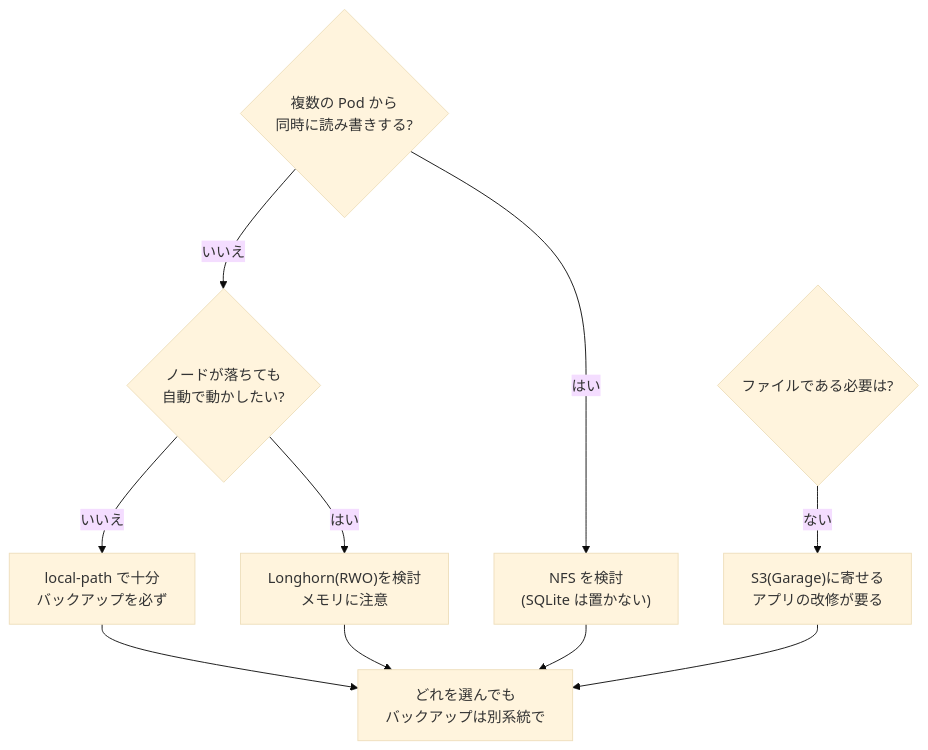
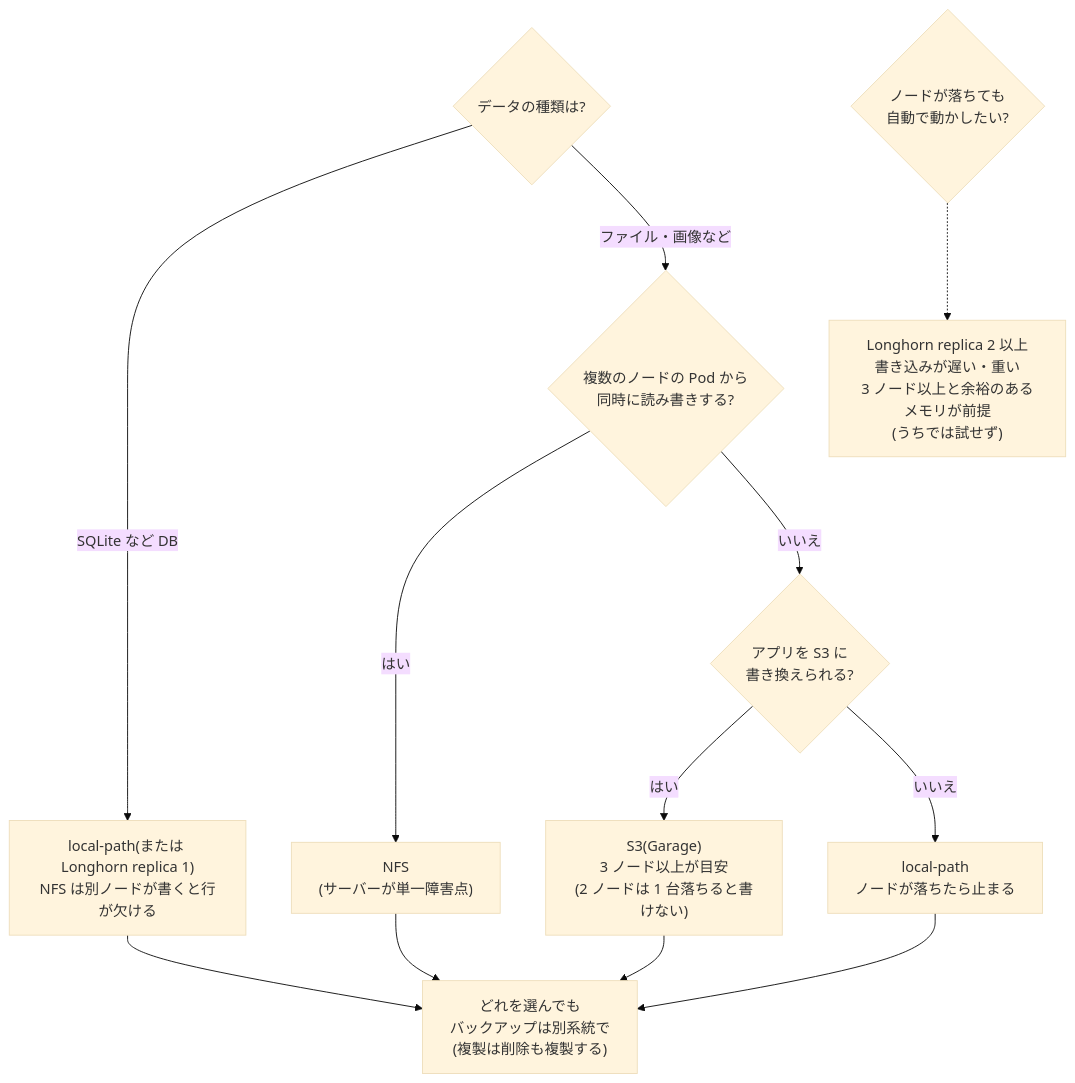
The diagram in docs/lt-storage-experiment-plan.md (k-kanke/ai-app-platform), drawn with Mermaid (base theme) before and after one commit. The commit also changed other lines of this file, not shown here.

````diff
--- a/docs/lt-storage-experiment-plan.md
+++ b/docs/lt-storage-experiment-plan.md
@@ -161,14 +167,15 @@
 ```mermaid
 flowchart TD
-    q1{"複数の Pod から<br/>同時に読み書きする?"}
-    q1 -->|はい| nfs["NFS を検討<br/>(SQLite は置かない)"]
-    q1 -->|いいえ| q2{"ノードが落ちても<br/>自動で動かしたい?"}
-    q2 -->|はい| lh["Longhorn(RWO)を検討<br/>メモリに注意"]
-    q2 -->|いいえ| lp["local-path で十分<br/>バックアップを必ず"]
-    q3{"ファイルである必要は?"}
-    q3 -->|ない| garage["S3(Garage)に寄せる<br/>アプリの改修が要る"]
-    lp --> backup["どれを選んでも<br/>バックアップは別系統で"]
-    lh --> backup
+    q0{"データの種類は?"}
+    q0 -->|"SQLite など DB"| db["local-path(または Longhorn replica 1)<br/>NFS は別ノードが書くと行が欠ける"]
+    q0 -->|"ファイル・画像など"| q1{"複数のノードの Pod から<br/>同時に読み書きする?"}
+    q1 -->|はい| nfs["NFS<br/>(サーバーが単一障害点)"]
+    q1 -->|いいえ| q2{"アプリを S3 に<br/>書き換えられる?"}
+    q2 -->|はい| garage["S3(Garage)<br/>3 ノード以上が目安<br/>(2 ノードは 1 台落ちると書けない)"]
+    q2 -->|いいえ| lp["local-path<br/>ノードが落ちたら止まる"]
+    db --> backup
     nfs --> backup
     garage --> backup
+    lp --> backup["どれを選んでも<br/>バックアップは別系統で<br/>(複製は削除も複製する)"]
+    q3{"ノードが落ちても<br/>自動で動かしたい?"} -.-> lh["Longhorn replica 2 以上<br/>書き込みが遅い・重い<br/>3 ノード以上と余裕のあるメモリが前提<br/>(うちでは試せず)"]
 ```
````
